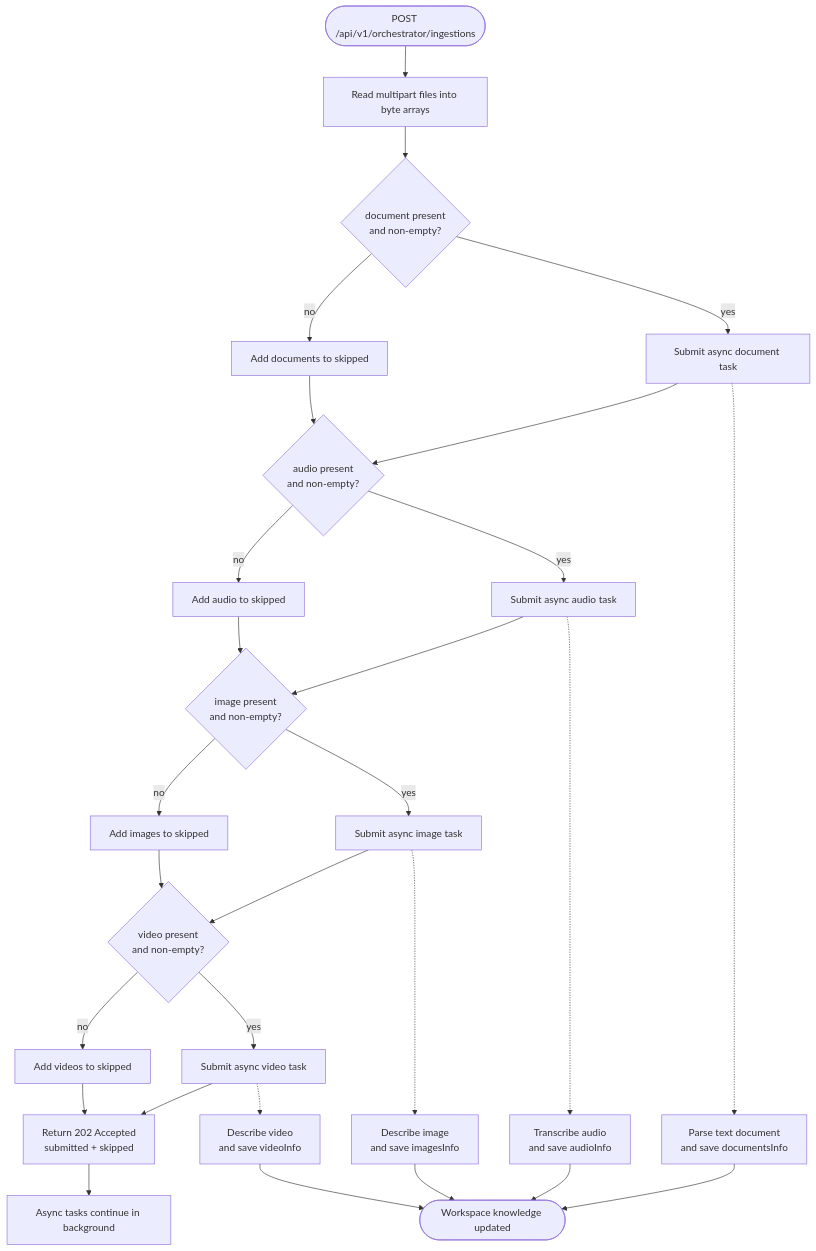
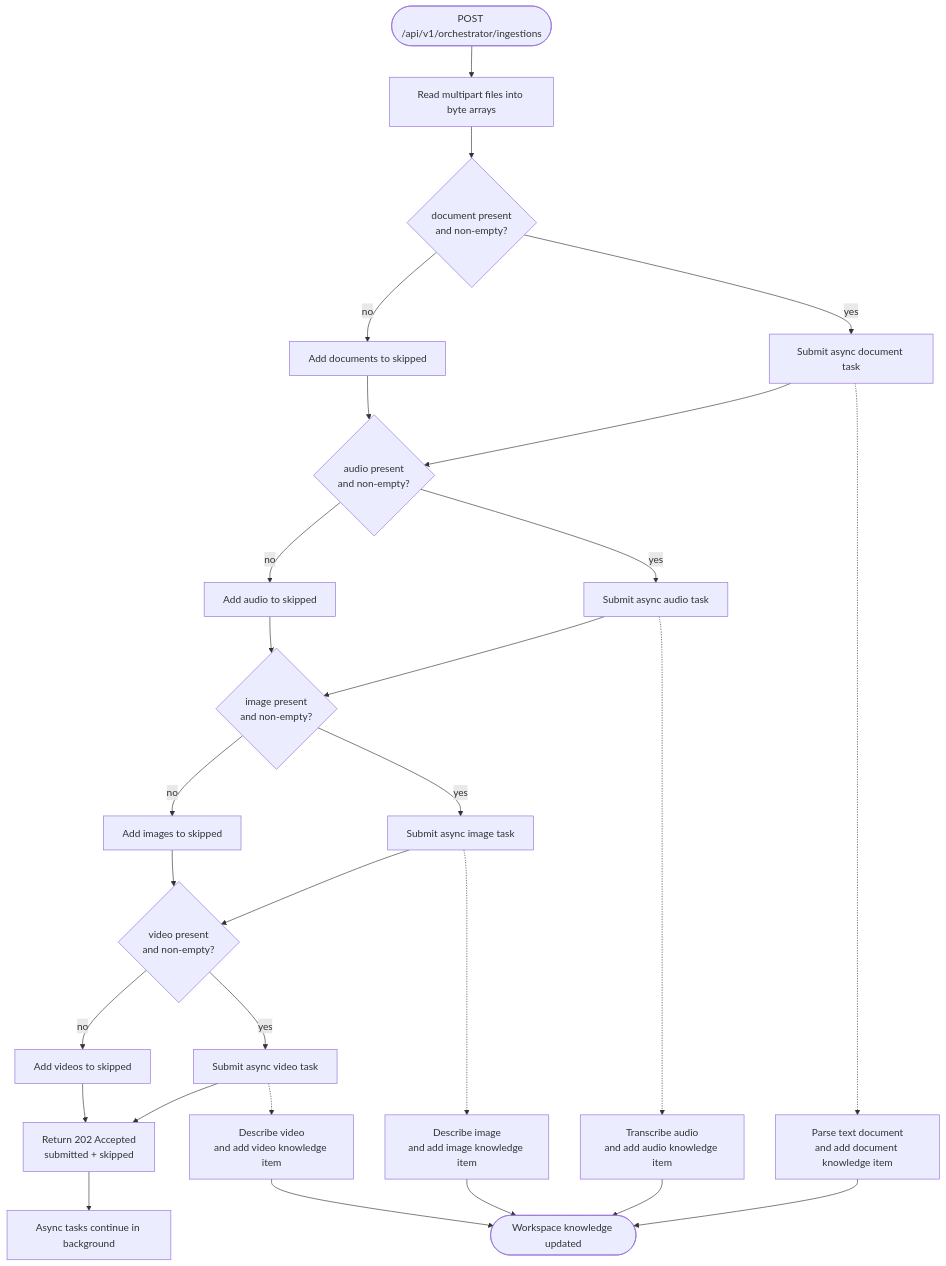
The sixth of 7 diagrams in docs/architecture-diagrams.md (AndriyBanul/ai-workspace), drawn with Mermaid before and after one commit. The commit also changed other lines of this file and 30 other files, not shown here.

````diff
--- a/docs/architecture-diagrams.md
+++ b/docs/architecture-diagrams.md
@@ -231,60 +244,60 @@
 ```mermaid
 flowchart TD
     start([POST /api/v1/orchestrator/ingestions])
     readFiles["Read multipart files into byte arrays"]
     documentPresent{"document present\nand non-empty?"}
     audioPresent{"audio present\nand non-empty?"}
     imagePresent{"image present\nand non-empty?"}
     videoPresent{"video present\nand non-empty?"}
 
     skipDocument["Add documents to skipped"]
     skipAudio["Add audio to skipped"]
     skipImage["Add images to skipped"]
     skipVideo["Add videos to skipped"]
 
     submitDocument["Submit async document task"]
     submitAudio["Submit async audio task"]
     submitImage["Submit async image task"]
     submitVideo["Submit async video task"]
 
-    documentFlow["Parse text document\nand save documentsInfo"]
-    audioFlow["Transcribe audio\nand save audioInfo"]
-    imageFlow["Describe image\nand save imagesInfo"]
-    videoFlow["Describe video\nand save videoInfo"]
+    documentFlow["Parse text document\nand add document knowledge item"]
+    audioFlow["Transcribe audio\nand add audio knowledge item"]
+    imageFlow["Describe image\nand add image knowledge item"]
+    videoFlow["Describe video\nand add video knowledge item"]
 
     response["Return 202 Accepted\nsubmitted + skipped"]
     background["Async tasks continue in background"]
     done([Workspace knowledge updated])
 
     start --> readFiles
     readFiles --> documentPresent
     documentPresent -- yes --> submitDocument
     documentPresent -- no --> skipDocument
     submitDocument --> audioPresent
     submitDocument -.-> documentFlow
     skipDocument --> audioPresent
 
     audioPresent -- yes --> submitAudio
     audioPresent -- no --> skipAudio
     submitAudio --> imagePresent
     submitAudio -.-> audioFlow
     skipAudio --> imagePresent
 
     imagePresent -- yes --> submitImage
     imagePresent -- no --> skipImage
     submitImage --> videoPresent
     submitImage -.-> imageFlow
     skipImage --> videoPresent
 
     videoPresent -- yes --> submitVideo
     videoPresent -- no --> skipVideo
     submitVideo --> response
     submitVideo -.-> videoFlow
     skipVideo --> response
 
     response --> background
     documentFlow --> done
     audioFlow --> done
     imageFlow --> done
     videoFlow --> done
 ```
````
